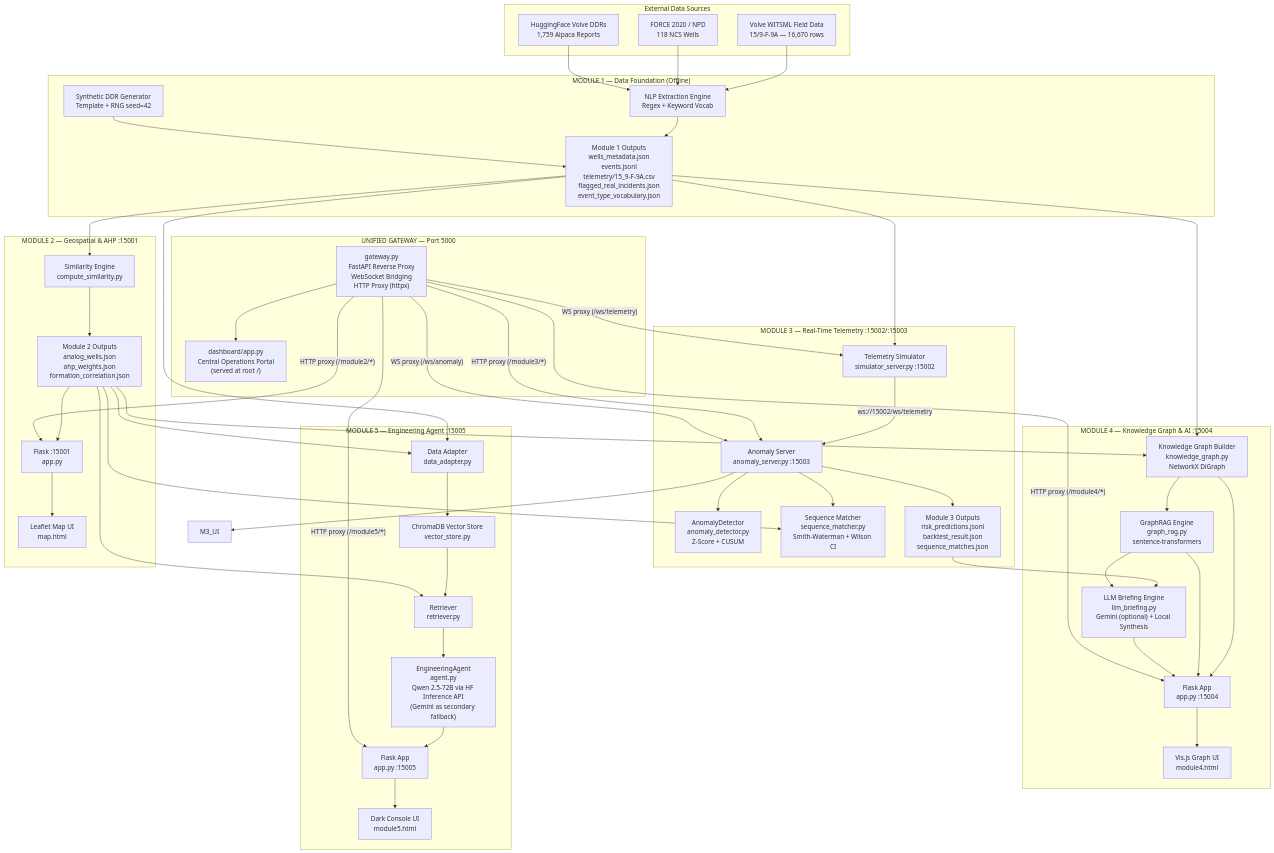
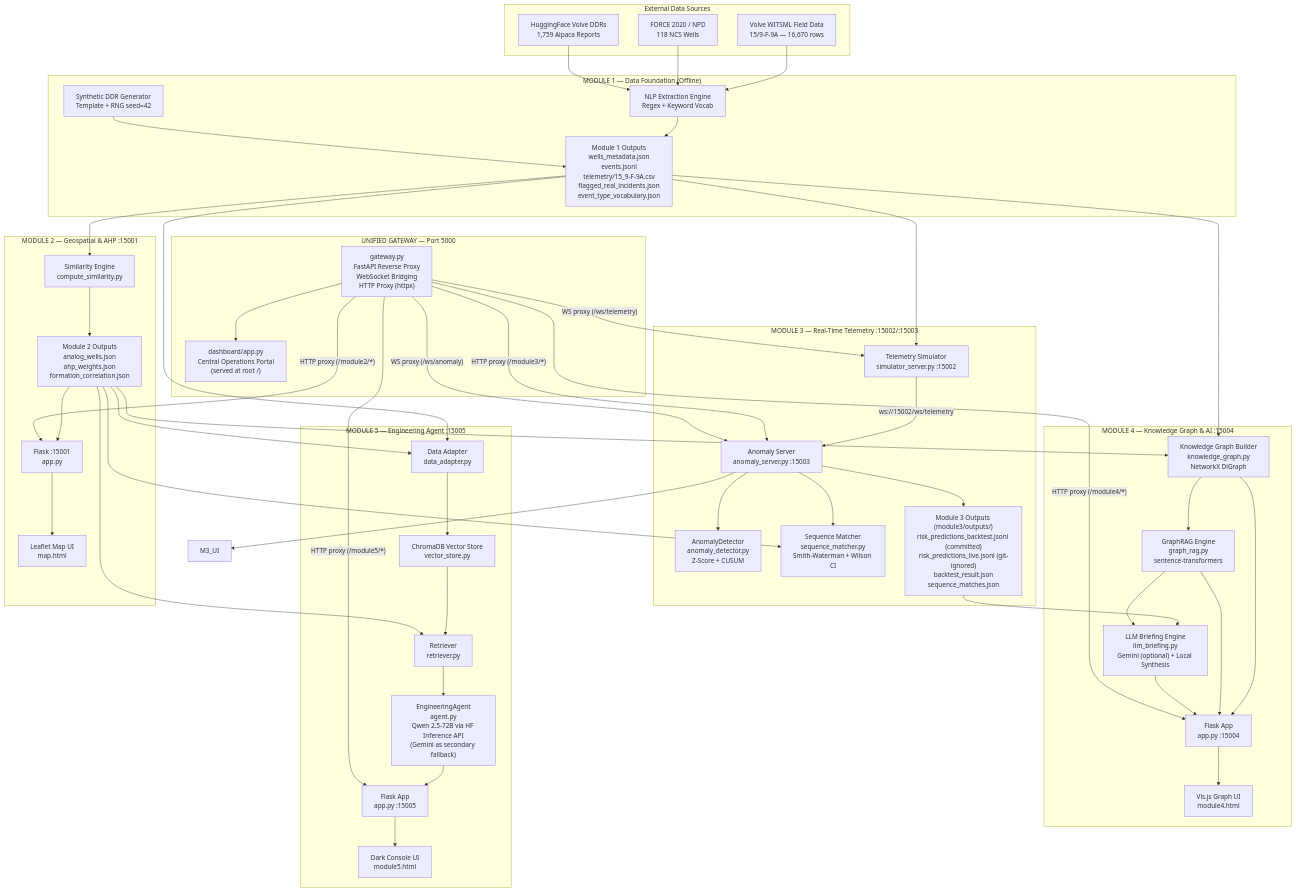
Before and after one commit to n3ssdub3y/SIH_2026_PLANNS: the first of 16 diagrams in ARCHITECTURE.md, drawn with Mermaid. The commit also changed other lines of this file and 23 other files, not shown here.

```diff
--- a/ARCHITECTURE.md
+++ b/ARCHITECTURE.md
@@ -86,7 +86,7 @@
         M3_DET["AnomalyDetector\nanomaly_detector.py\nZ-Score + CUSUM"]
         M3_SEQ["Sequence Matcher\nsequence_matcher.py\nSmith-Waterman + Wilson CI"]
         M3_ANO["Anomaly Server\nanomaly_server.py :15003"]
-        M3_OUT["Module 3 Outputs\nrisk_predictions.jsonl\nbacktest_result.json\nsequence_matches.json"]
+        M3_OUT["Module 3 Outputs (module3/outputs/)\nrisk_predictions_backtest.jsonl (committed)\nrisk_predictions_live.jsonl (git-ignored)\nbacktest_result.json\nsequence_matches.json"]
     end
 
     subgraph "MODULE 4 — Knowledge Graph & AI :15004"
```
